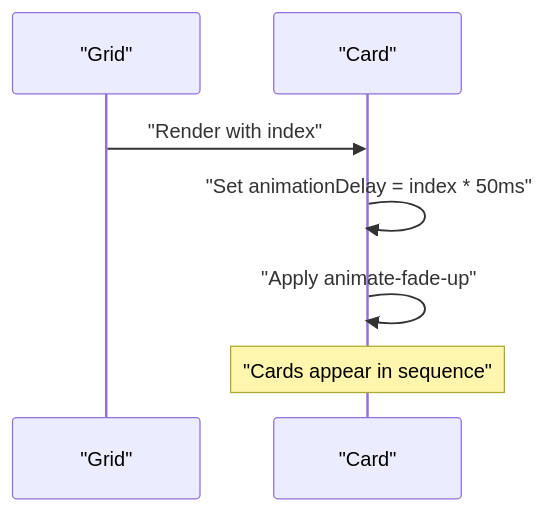
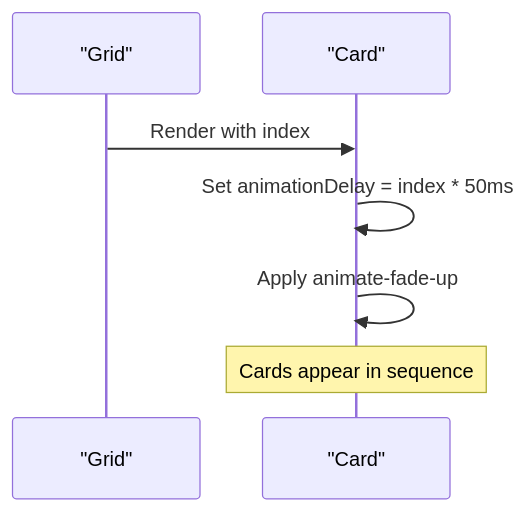
The sixth of 8 diagrams in .qoder/repowiki/en/content/Component Reference/Custom Components/Speakers Section.md (mohjak/sc-dof), drawn with Mermaid before and after one commit. The commit also changed other lines of this file and 68 other files, not shown here.

First line of the commit message:
docs(docs): update component architecture docs with markdown formatting fixes

````diff
--- a/.qoder/repowiki/en/content/Component Reference/Custom Components/Speakers Section.md
+++ b/.qoder/repowiki/en/content/Component Reference/Custom Components/Speakers Section.md
@@ -192,9 +190,9 @@
 ```mermaid
 sequenceDiagram
 participant Grid as "Grid"
 participant Card as "Card"
-Grid->>Card : "Render with index"
-Card->>Card : "Set animationDelay = index * 50ms"
-Card->>Card : "Apply animate-fade-up"
-Note over Card : "Cards appear in sequence"
+Grid->>Card : Render with index
+Card->>Card : Set animationDelay = index * 50ms
+Card->>Card : Apply animate-fade-up
+Note over Card : Cards appear in sequence
 ```
````
